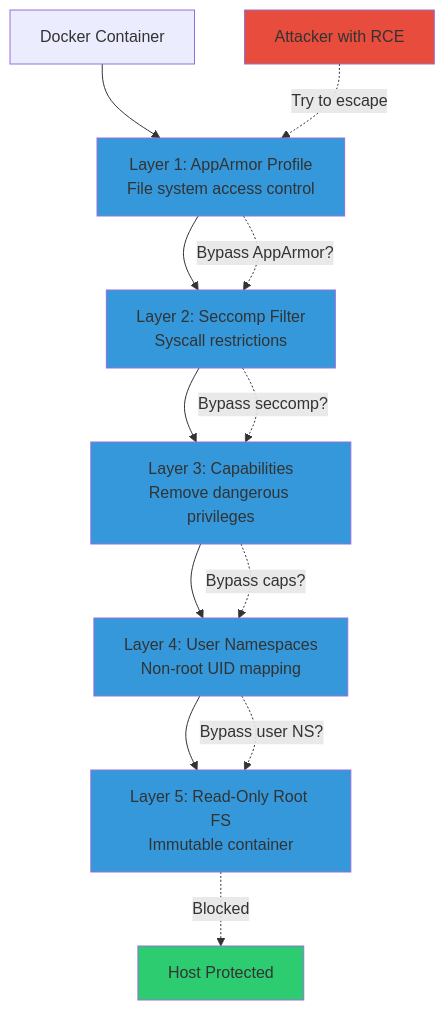
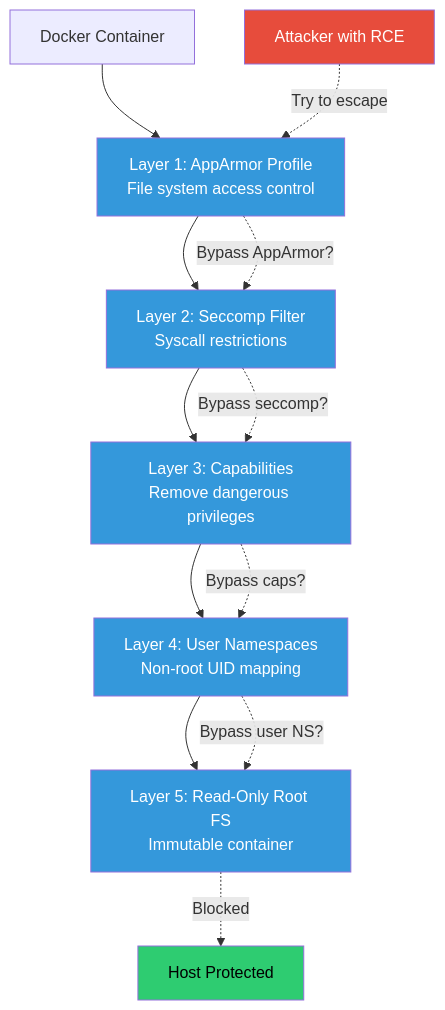
One commit to williamzujkowski/williamzujkowski.github.io changed the third of 5 diagrams in src/posts/2025-08-18-docker-lsm-security-hardening.md. Above: the diagram before and after it, drawn with Mermaid. The commit also changed 40 other files, not shown here.

First line of the commit message:
fix(blog): add explicit text color to all mermaid classDef/style (#171)

````diff
--- a/src/posts/2025-08-18-docker-lsm-security-hardening.md
+++ b/src/posts/2025-08-18-docker-lsm-security-hardening.md
@@ -128,26 +128,26 @@
 ```mermaid
 flowchart TB
     Container[Docker Container]
 
     Container --> Layer1[Layer 1: AppArmor Profile\nFile system access control]
     Layer1 --> Layer2[Layer 2: Seccomp Filter\nSyscall restrictions]
     Layer2 --> Layer3[Layer 3: Capabilities\nRemove dangerous privileges]
     Layer3 --> Layer4[Layer 4: User Namespaces\nNon-root UID mapping]
     Layer4 --> Layer5[Layer 5: Read-Only Root FS\nImmutable container]
 
     Attacker[Attacker with RCE]
     Attacker -.->|Try to escape| Layer1
     Layer1 -.->|Bypass AppArmor?| Layer2
     Layer2 -.->|Bypass seccomp?| Layer3
     Layer3 -.->|Bypass caps?| Layer4
     Layer4 -.->|Bypass user NS?| Layer5
     Layer5 -.->|Blocked| Host[Host Protected]
 
-    classDef layer fill:#3498db
-    classDef attack fill:#e74c3c
-    classDef safe fill:#2ecc71
+    classDef layer fill:#3498db,color:#fff
+    classDef attack fill:#e74c3c,color:#fff
+    classDef safe fill:#2ecc71,color:#000
 
     class Layer1,Layer2,Layer3,Layer4,Layer5 layer
     class Attacker attack
     class Host safe
 ```
````
